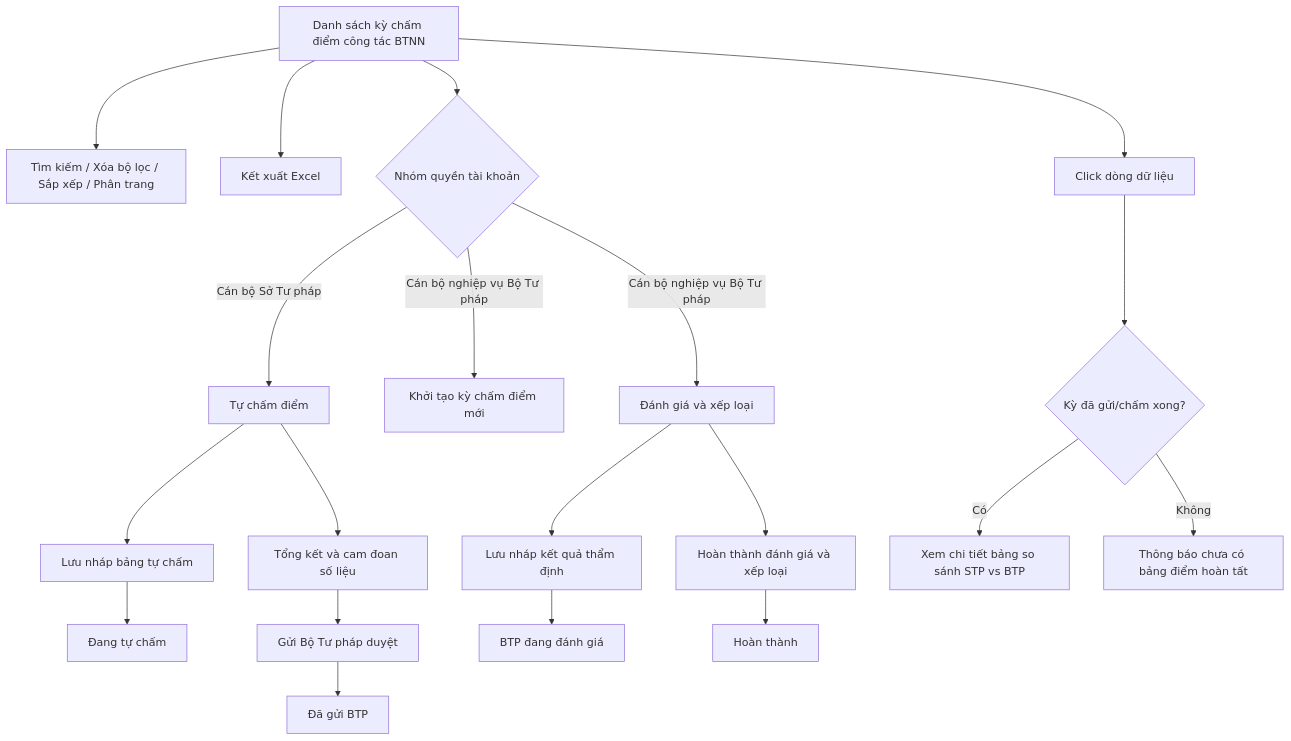
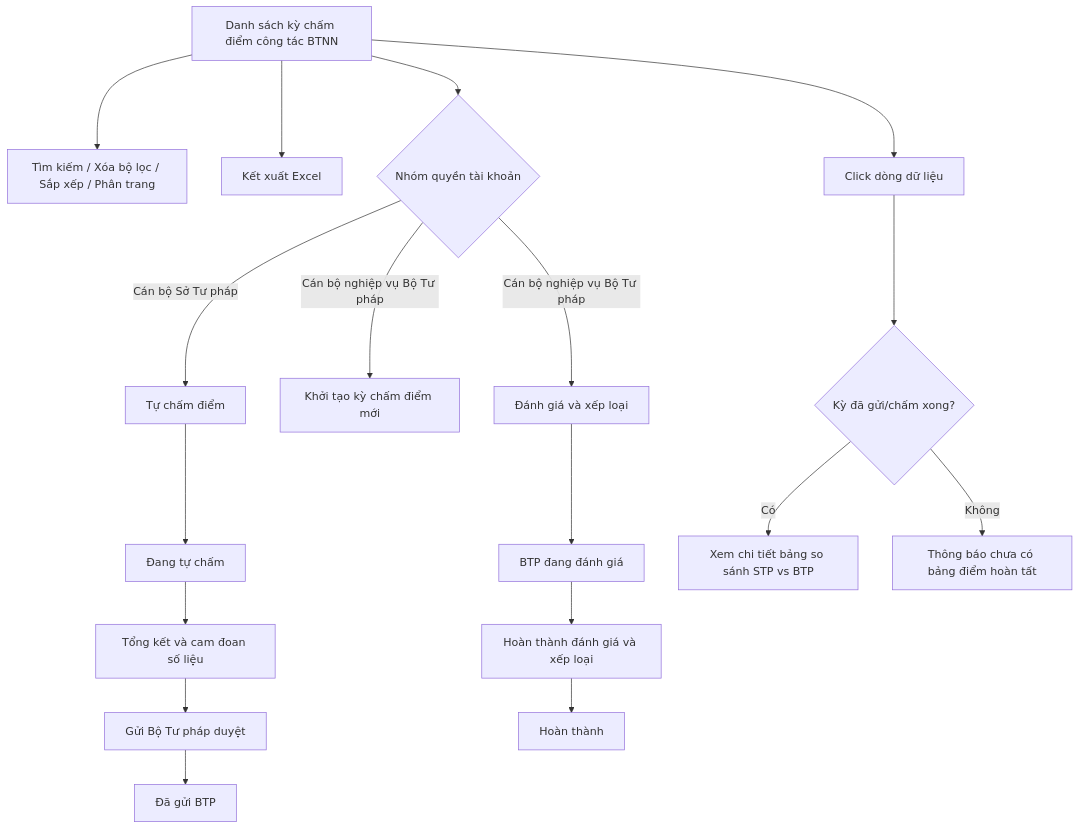
The diagram in Tai lieu phan tich/03_Website_Quan_tri/03_Cong_tac_boi_thuong/SRS_BTNN_Cham_Diem.md (huyendt2007/BPBD_UI), drawn with Mermaid before and after one commit. The commit also changed other lines of this file and 44 other files, not shown here.

````diff
--- a/Tai lieu phan tich/03_Website_Quan_tri/03_Cong_tac_boi_thuong/SRS_BTNN_Cham_Diem.md
+++ b/Tai lieu phan tich/03_Website_Quan_tri/03_Cong_tac_boi_thuong/SRS_BTNN_Cham_Diem.md
@@ -39,22 +51,20 @@
 ```mermaid
 flowchart TD
     A[Danh sách kỳ chấm điểm công tác BTNN] --> B[Tìm kiếm / Xóa bộ lọc / Sắp xếp / Phân trang]
     A --> C[Kết xuất Excel]
     A --> D{Nhóm quyền tài khoản}
     D -->|Cán bộ Sở Tư pháp| E[Tự chấm điểm]
-    E --> F[Lưu nháp bảng tự chấm]
-    F --> G["Đang tự chấm"]
-    E --> H[Tổng kết và cam đoan số liệu]
+    E --> G["Đang tự chấm"]
+    G --> H[Tổng kết và cam đoan số liệu]
     H --> I[Gửi Bộ Tư pháp duyệt]
     I --> J["Đã gửi BTP"]
     D -->|Cán bộ nghiệp vụ Bộ Tư pháp| K[Khởi tạo kỳ chấm điểm mới]
     D -->|Cán bộ nghiệp vụ Bộ Tư pháp| L[Đánh giá và xếp loại]
-    L --> M[Lưu nháp kết quả thẩm định]
-    M --> N["BTP đang đánh giá"]
-    L --> O[Hoàn thành đánh giá và xếp loại]
+    L --> N["BTP đang đánh giá"]
+    N --> O[Hoàn thành đánh giá và xếp loại]
     O --> P["Hoàn thành"]
     A --> Q[Click dòng dữ liệu]
     Q --> R{Kỳ đã gửi/chấm xong?}
     R -->|Có| S[Xem chi tiết bảng so sánh STP vs BTP]
     R -->|Không| T[Thông báo chưa có bảng điểm hoàn tất]
 ```
````
